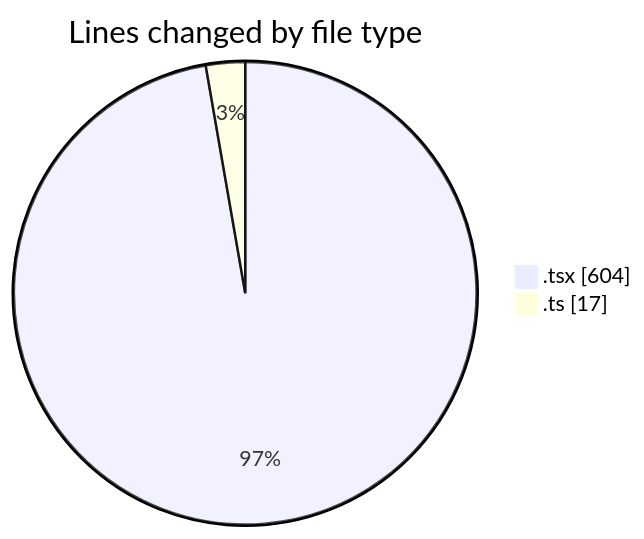
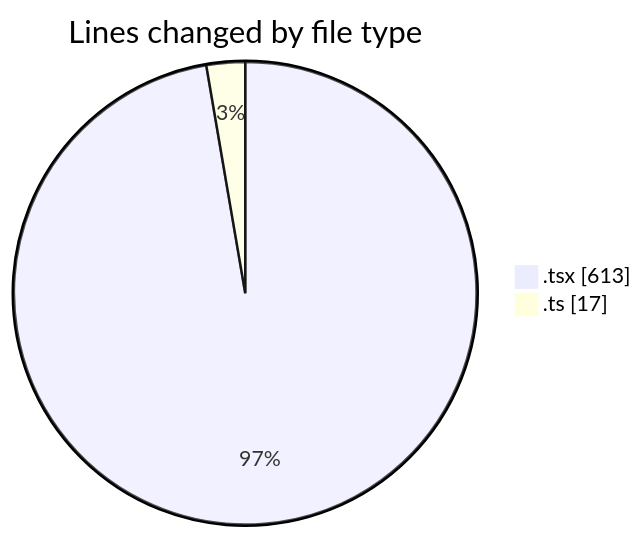
The first of 2 diagrams in 2025-04-02/cda/README.md (momahboobian/code-tracking), drawn with Mermaid before and after one commit. The commit also changed other lines of this file and 1 other file, not shown here.

````diff
--- a/2025-04-02/cda/README.md
+++ b/2025-04-02/cda/README.md
@@ -23,6 +23,6 @@
 ```mermaid
 pie showData
 title Lines changed by file type
-".tsx" : 604
+".tsx" : 613
 ".ts" : 17
 ```
````
